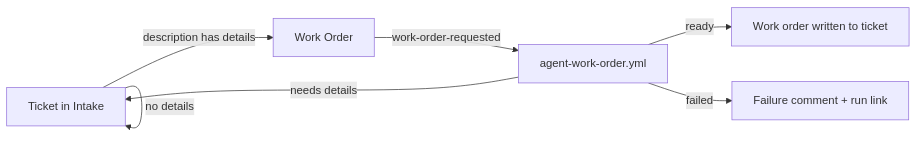
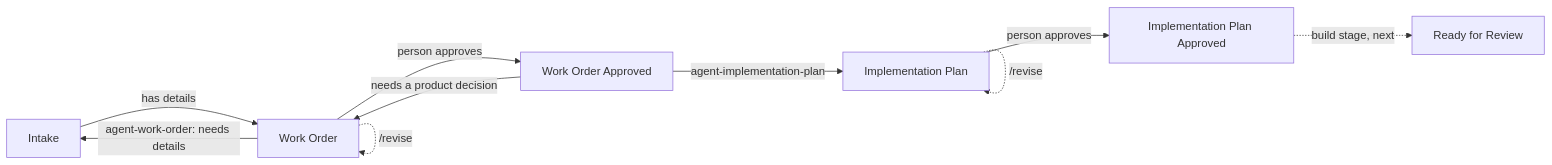
The diagram in README.md (dkmyta/agent-hub), drawn with Mermaid before and after one commit. The commit also changed other lines of this file and 174 other files, not shown here.

Commit message:
Add the implementation plan stage, expert review, scoped /revise revisions and manual-only evals

````diff
--- a/README.md
+++ b/README.md
@@ -8,9 +8,12 @@
 ```mermaid
 flowchart LR
-  A[Ticket in Intake] -->|description has details| B[Work Order]
-  A -->|no details| A
-  B -->|work-order-requested| C[agent-work-order.yml]
-  C -->|ready| D[Work order written to ticket]
-  C -->|needs details| A
-  C -->|failed| E[Failure comment + run link]
+  I[Intake] -->|has details| WO[Work Order]
+  WO -->|agent-work-order: needs details| I
+  WO -->|person approves| WA[Work Order Approved]
+  WA -->|agent-implementation-plan| IP[Implementation Plan]
+  WA -->|needs a product decision| WO
+  IP -->|person approves| PA[Implementation Plan Approved]
+  WO -.->|/revise| WO
+  IP -.->|/revise| IP
+  PA -.->|build stage, next| R[Ready for Review]
 ```
````
